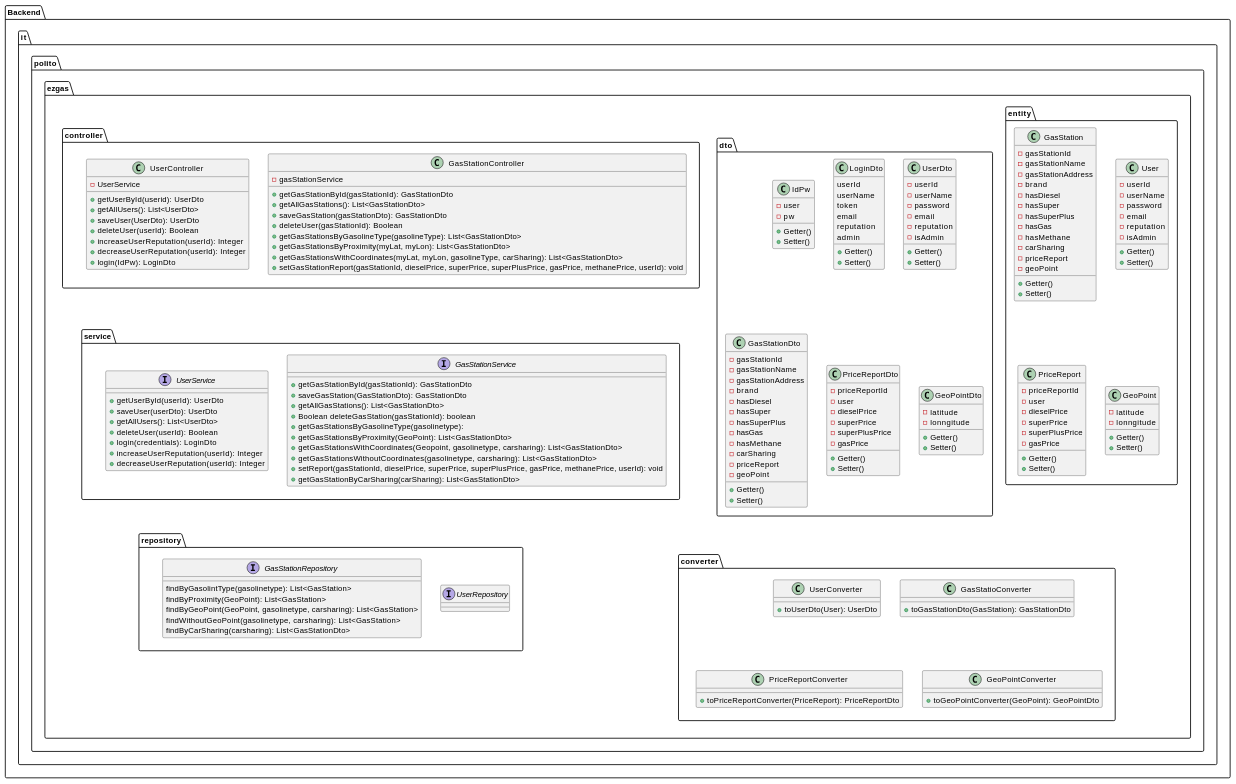
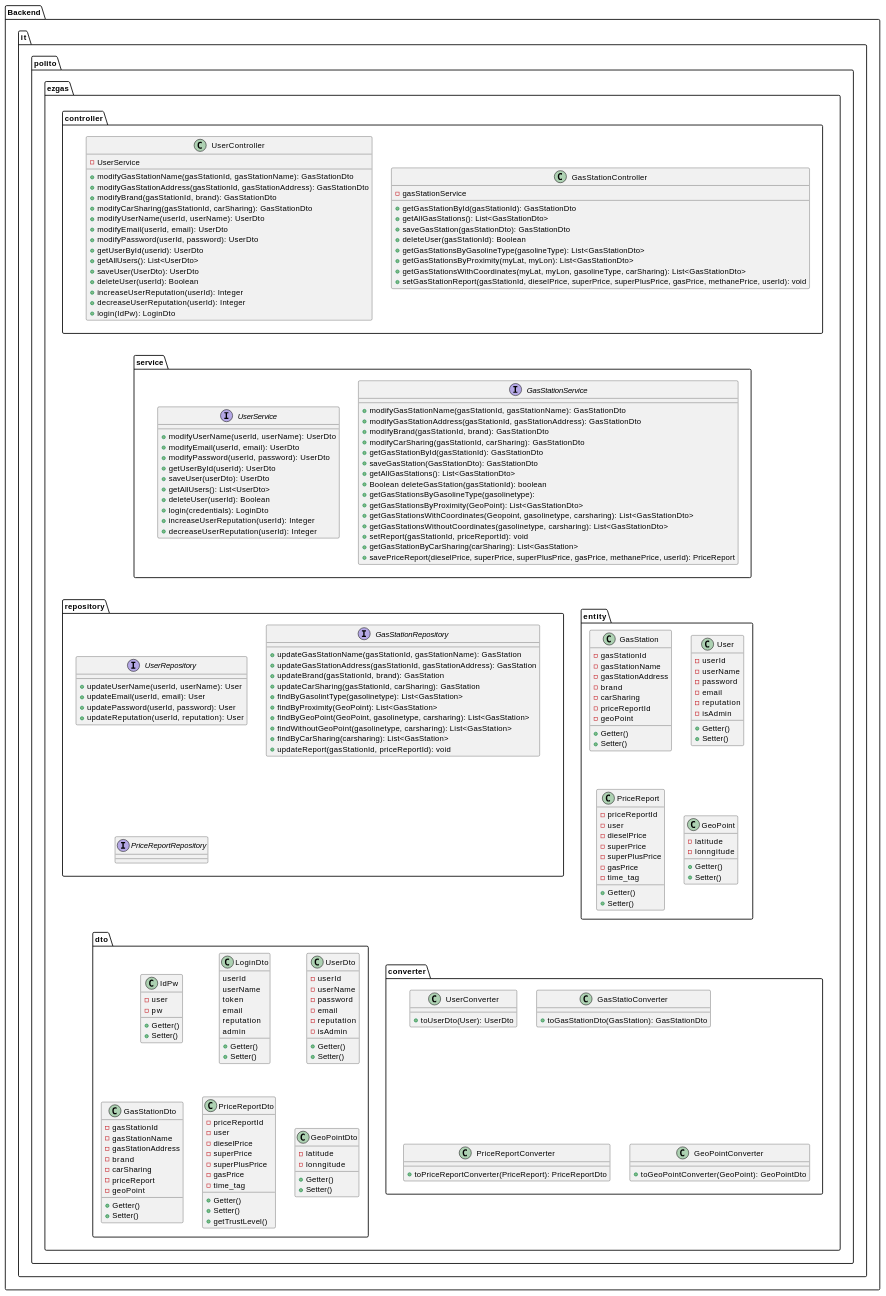
Before and after one commit to SE2-group4/SE1-project: the fourth of 15 diagrams in docs/DesignDocument.md, drawn with PlantUML. The commit also changed other lines of this file, not shown here.

```diff
--- a/docs/DesignDocument.md
+++ b/docs/DesignDocument.md
@@ -227,14 +227,25 @@
 package "Backend" {
 
 package "it.polito.ezgas.repository" {
-    interface UserRepository
+    interface UserRepository{
+        + updateUserName(userId, userName): User
+        + updateEmail(userId, email): User
+        + updatePassword(userId, password): User
+        + updateReputation(userId, reputation): User
+    }
     interface GasStationRepository{
-        findByGasolintType(gasolinetype): List<GasStation>
-        findByProximity(GeoPoint): List<GasStation>
-        findByGeoPoint(GeoPoint, gasolinetype, carsharing): List<GasStation>
-        findWithoutGeoPoint(gasolinetype, carsharing): List<GasStation>
-        findByCarSharing(carsharing): List<GasStationDto>
+        + updateGasStationName(gasStationId, gasStationName): GasStation
+        + updateGasStationAddress(gasStationId, gasStationAddress): GasStation
+        + updateBrand(gasStationId, brand): GasStation
+        + updateCarSharing(gasStationId, carSharing): GasStation
+        + findByGasolintType(gasolinetype): List<GasStation>
+        + findByProximity(GeoPoint): List<GasStation>
+        + findByGeoPoint(GeoPoint, gasolinetype, carsharing): List<GasStation>
+        + findWithoutGeoPoint(gasolinetype, carsharing): List<GasStation>
+        + findByCarSharing(carsharing): List<GasStation>
+        + updateReport(gasStationId, priceReportId): void
     }
+    interface PriceReportRepository
 }
 
 package "it.polito.ezgas.entity" {
@@ -243,13 +254,8 @@
         - gasStationName
         - gasStationAddress
         - brand
-        - hasDiesel
-        - hasSuper
-        - hasSuperPlus
-        - hasGas
-        - hasMethane
         - carSharing
-        - priceReport
+        - priceReportId
         - geoPoint
         + Getter()
         + Setter()
@@ -271,6 +277,7 @@
         - superPrice
         - superPlusPrice
         - gasPrice
+        - time_tag
         + Getter()
         + Setter()
     }
@@ -315,11 +322,6 @@
         - gasStationName
         - gasStationAddress
         - brand
-        - hasDiesel
-        - hasSuper
-        - hasSuperPlus
-        - hasGas
-        - hasMethane
         - carSharing
         - priceReport
         - geoPoint
@@ -333,8 +335,10 @@
         - superPrice
         - superPlusPrice
         - gasPrice
+        - time_tag
         + Getter()
         + Setter()
+        + getTrustLevel()
     }
     class GeoPointDto{
         - latitude
@@ -361,6 +365,10 @@
 
 package "it.polito.ezgas.service" {
    interface "GasStationService"{
+       + modifyGasStationName(gasStationId, gasStationName): GasStationDto
+       + modifyGasStationAddress(gasStationId, gasStationAddress): GasStationDto
+       + modifyBrand(gasStationId, brand): GasStationDto
+       + modifyCarSharing(gasStationId, carSharing): GasStationDto
        + getGasStationById(gasStationId): GasStationDto
        + saveGasStation(GasStationDto): GasStationDto
        + getAllGasStations(): List<GasStationDto>
@@ -369,10 +377,14 @@
        + getGasStationsByProximity(GeoPoint): List<GasStationDto>
        + getGasStationsWithCoordinates(Geopoint, gasolinetype, carsharing): List<GasStationDto>
        + getGasStationsWithoutCoordinates(gasolinetype, carsharing): List<GasStationDto>
-       + setReport(gasStationId, dieselPrice, superPrice, superPlusPrice, gasPrice, methanePrice, userId): void
-       + getGasStationByCarSharing(carSharing): List<GasStationDto>
+       + setReport(gasStationId, priceReportId): void
+       + getGasStationByCarSharing(carSharing): List<GasStation>
+       + savePriceReport(dieselPrice, superPrice, superPlusPrice, gasPrice, methanePrice, userId): PriceReport
    }
    interface "UserService" {
+       + modifyUserName(userId, userName): UserDto
+       + modifyEmail(userId, email): UserDto
+       + modifyPassword(userId, password): UserDto
        + getUserById(userId): UserDto 
        + saveUser(userDto): UserDto 
        + getAllUsers(): List<UserDto>
@@ -398,6 +410,13 @@
 
     class UserController{
         - UserService
+        + modifyGasStationName(gasStationId, gasStationName): GasStationDto
+        + modifyGasStationAddress(gasStationId, gasStationAddress): GasStationDto
+        + modifyBrand(gasStationId, brand): GasStationDto
+        + modifyCarSharing(gasStationId, carSharing): GasStationDto
+        + modifyUserName(userId, userName): UserDto
+        + modifyEmail(userId, email): UserDto
+        + modifyPassword(userId, password): UserDto
         + getUserById(userid): UserDto
         + getAllUsers(): List<UserDto>
         + saveUser(UserDto): UserDto
```
